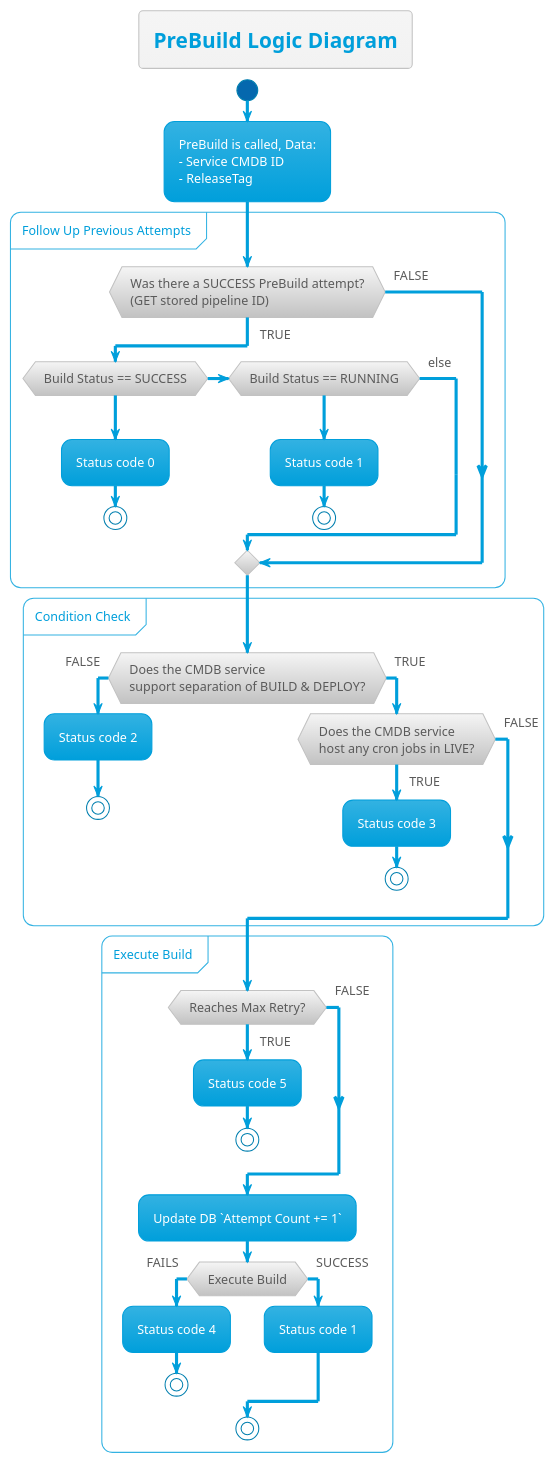
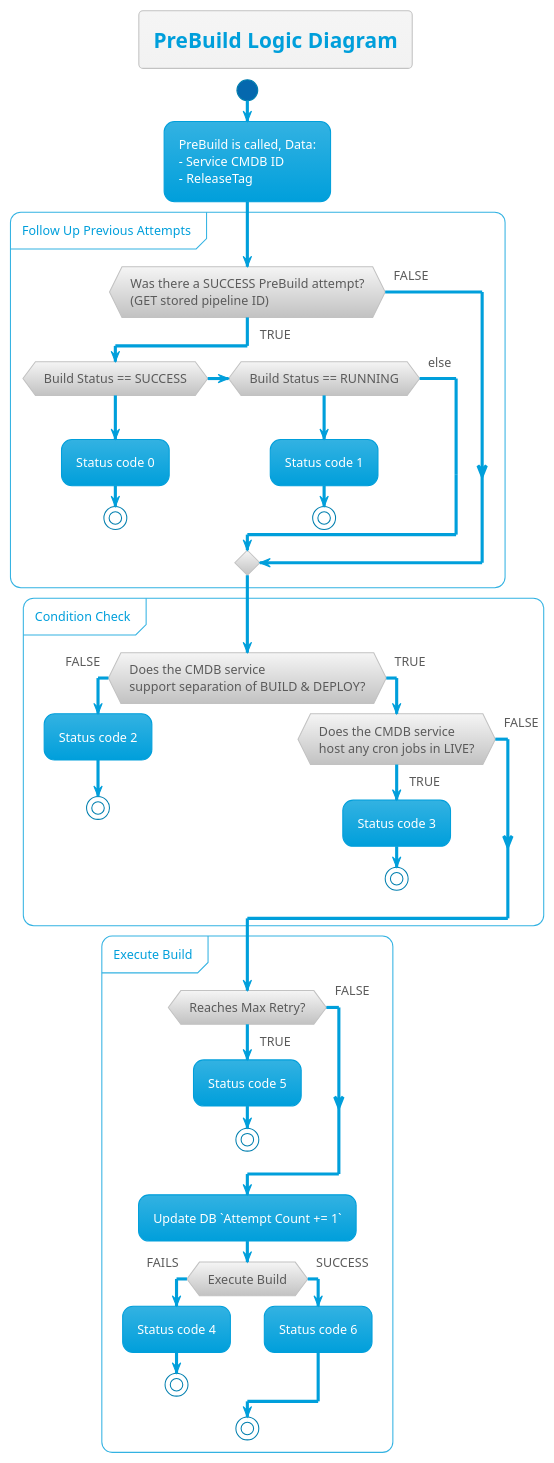
Before and after one commit to thetomitomo/diagrams: the diagram in src/PreBuildFlow/ConditionsCheck.plantuml, drawn with PlantUML. The commit also changed 1 other file, not shown here.

Commit message:
change status

```diff
--- a/src/PreBuildFlow/ConditionsCheck.plantuml
+++ b/src/PreBuildFlow/ConditionsCheck.plantuml
@@ -1,58 +1,58 @@
 @startuml
 !theme bluegray
 skinparam FooterFontColor black
 
 title PreBuild Logic Diagram
 
 start
 
 :PreBuild is called, Data:\n- Service CMDB ID\n- ReleaseTag;
 
 group Follow Up Previous Attempts
     if (Was there a SUCCESS PreBuild attempt?\n(GET stored pipeline ID)) then (TRUE)
         ' :Do NOT execute PreBuild;
         if (Build Status == SUCCESS) then ( )
             :Status code 0;
             stop
         elseif (Build Status == RUNNING) then ( )
             :Status code 1;
             stop
         else (else)
             ' :continue;
         endif
     else (FALSE)
     endif
 end group
 
 group Condition Check
     if (Does the CMDB service\nsupport separation of BUILD & DEPLOY?) then (FALSE)
         :Status code 2;
         stop
     else (TRUE)
         if (Does the CMDB service\nhost any cron jobs in LIVE?) then (TRUE)
             :Status code 3;
             stop
         else (FALSE)
         endif
     endif
 end group
 
 group Execute Build
     if (Reaches Max Retry?) then (TRUE)
         :Status code 5;
         stop
     else (FALSE)
     endif
 
     :Update DB `Attempt Count += 1`;
     if (Execute Build) then (FAILS)
         :Status code 4;
         stop
     else (SUCCESS)
-        :Status code 1;
+        :Status code 6;
     endif
 stop
 end group
 
 
 @enduml
```
